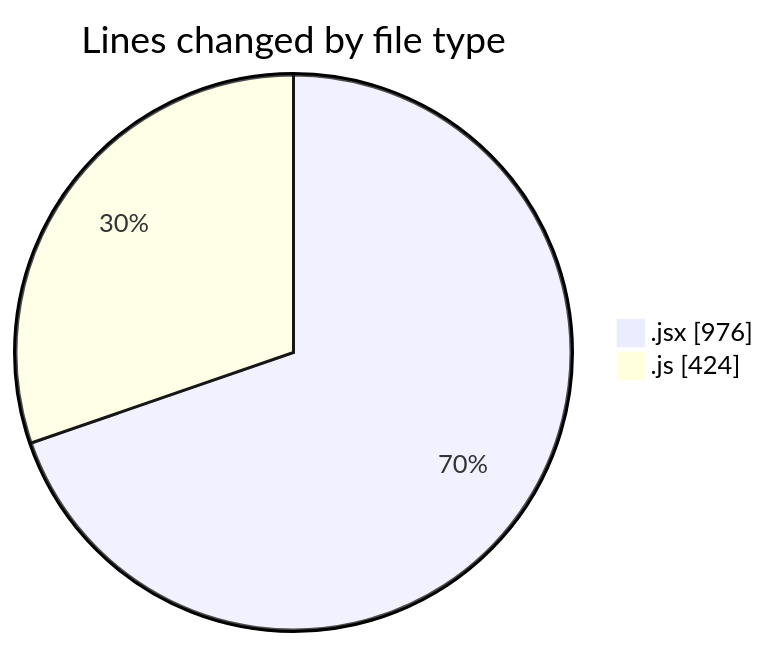
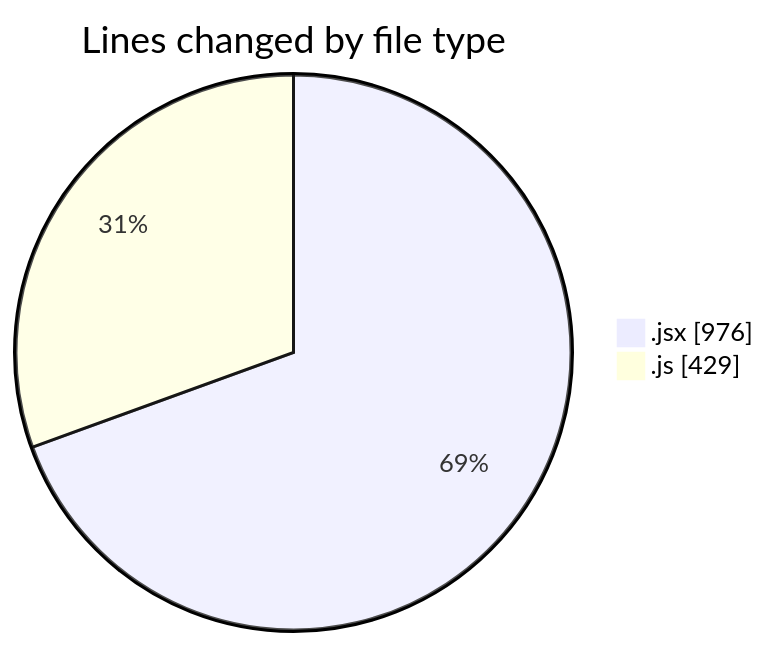
Before and after one commit to nxtqubesakshisongat/code-tracking: the first of 2 diagrams in 2025-06-30/argos/README.md, drawn with Mermaid. The commit also changed other lines of this file and 1 other file, not shown here.

````diff
--- a/2025-06-30/argos/README.md
+++ b/2025-06-30/argos/README.md
@@ -25,6 +25,6 @@
 ```mermaid
 pie showData
 title Lines changed by file type
 ".jsx" : 976
-".js" : 424
+".js" : 429
 ```
````
